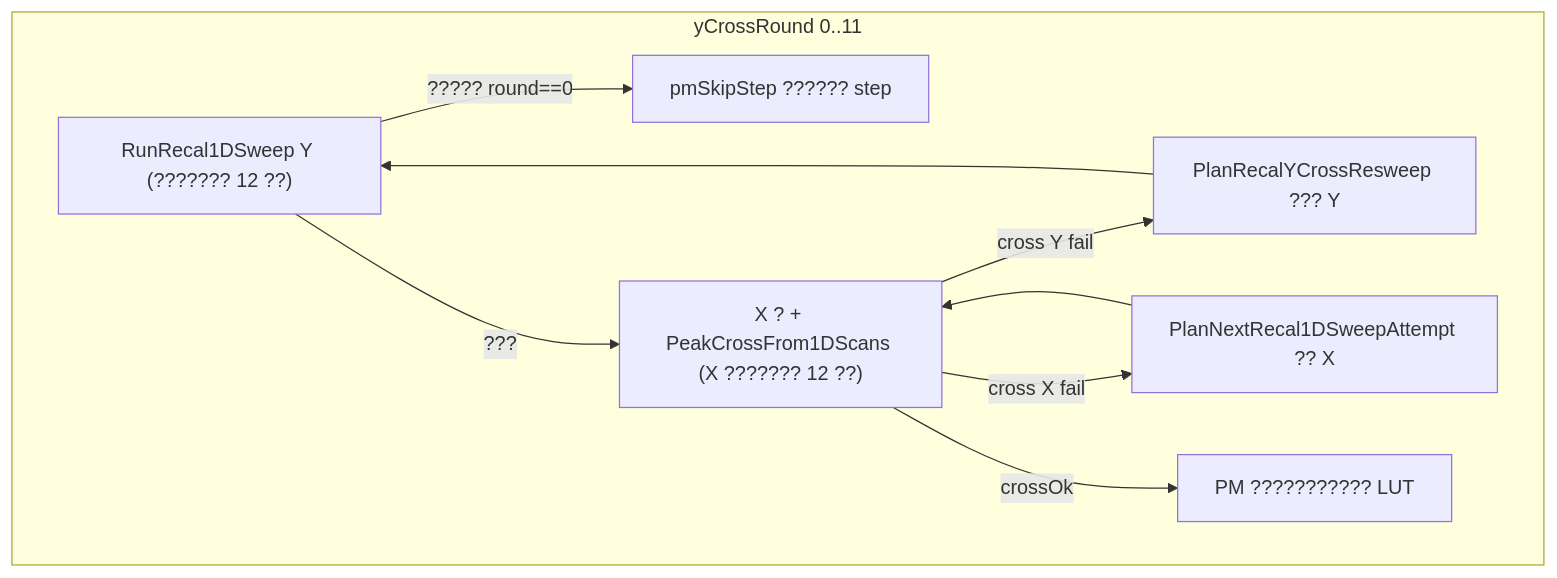
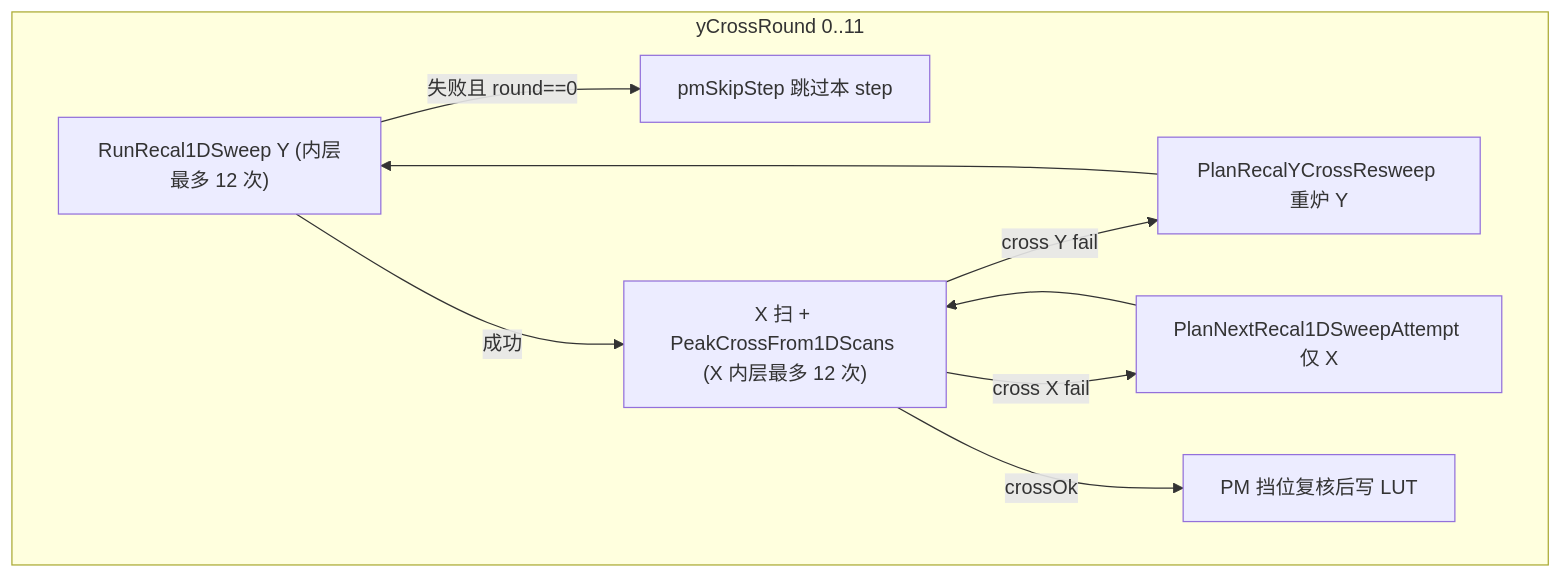
Before and after one commit to JacobLiou/Molex.OSBU.Module.M576Tool: the fourth of 4 diagrams in M576Calibrator/Docs/PeakFinder.md, drawn with Mermaid. The commit also changed other lines of this file and 34 other files, not shown here.

````diff
--- a/M576Calibrator/Docs/PeakFinder.md
+++ b/M576Calibrator/Docs/PeakFinder.md
@@ -239,14 +252,14 @@
 ```mermaid
 flowchart TD
   subgraph outer [yCrossRound 0..11]
-    Ypre["RunRecal1DSweep Y (??????? 12 ??)"]
-    Xloop["X ? + PeakCrossFrom1DScans (X ??????? 12 ??)"]
-    Ypre -->|"????? round==0"| skip[pmSkipStep ?????? step]
-    Ypre -->|???| Xloop
-    Xloop -->|"cross Y fail"| resweep[PlanRecalYCrossResweep ??? Y]
+    Ypre["RunRecal1DSweep Y (内层最多 12 次)"]
+    Xloop["X 扫 + PeakCrossFrom1DScans (X 内层最多 12 次)"]
+    Ypre -->|"失败且 round==0"| skip[pmSkipStep 跳过本 step]
+    Ypre -->|成功| Xloop
+    Xloop -->|"cross Y fail"| resweep[PlanRecalYCrossResweep 重炉 Y]
     resweep --> Ypre
-    Xloop -->|"cross X fail"| Xretry[PlanNextRecal1DSweepAttempt ?? X]
+    Xloop -->|"cross X fail"| Xretry[PlanNextRecal1DSweepAttempt 仅 X]
     Xretry --> Xloop
-    Xloop -->|crossOk| ok[PM ??????????? LUT]
+    Xloop -->|crossOk| ok[PM 挡位复核后写 LUT]
   end
 ```
````
